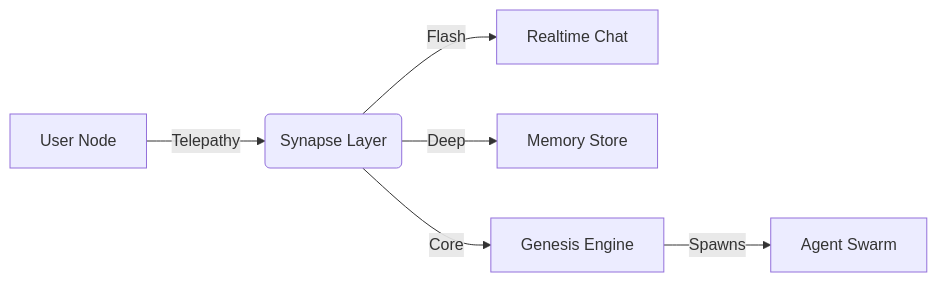
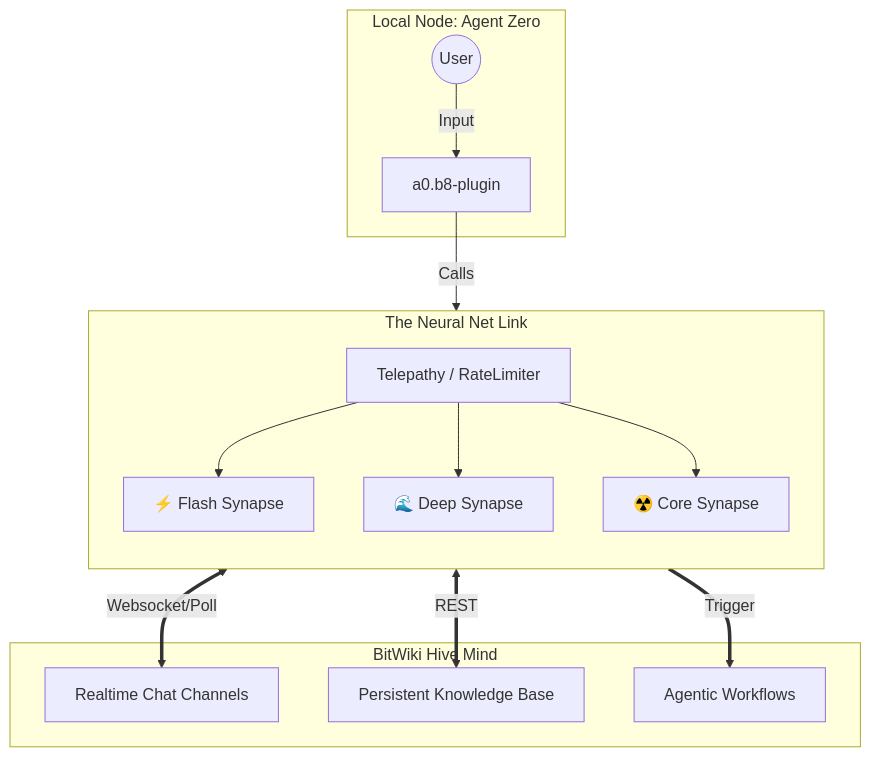
One commit to bitwikiorg/a0.b8-plugin changed the diagram in README.md. Above: the diagram before and after it, drawn with Mermaid. The commit also changed other lines of this file, not shown here.

````diff
--- a/README.md
+++ b/README.md
@@ -32,8 +61,32 @@
 ```mermaid
-graph LR
- A[User Node] -->|Telepathy| B(Synapse Layer)
- B -->|Flash| C[Realtime Chat]
- B -->|Deep| D[Memory Store]
- B -->|Core| E[Genesis Engine]
- E -->|Spawns| F[Agent Swarm]
+graph TD
+    subgraph Cell [Local Node: Agent Zero]
+        User((User))
+        Agent-Zero[a0.b8-plugin]
+        User -->|Input| Agent-Zero
+    end
+
+    subgraph Synapse_Layer [The Neural Net Link]
+        direction TB
+        Telepathy[Telepathy / RateLimiter]
+
+        Flash[⚡ Flash Synapse]
+        Deep[🌊 Deep Synapse]
+        Core[☢️ Core Synapse]
+
+        Agent-Zero -->|Calls| Telepathy
+        Telepathy --> Flash
+        Telepathy --> Deep
+        Telepathy --> Core
+    end
+
+    subgraph Hive [BitWiki Hive Mind]
+        Chat[Realtime Chat Channels]
+        Knowledge[Persistent Knowledge Base]
+        Workflows[Agentic Workflows]
+
+        Flash <==>|Websocket/Poll| Chat
+        Deep <==>|REST| Knowledge
+        Core ==>|Trigger| Workflows
+    end
 ```
````
